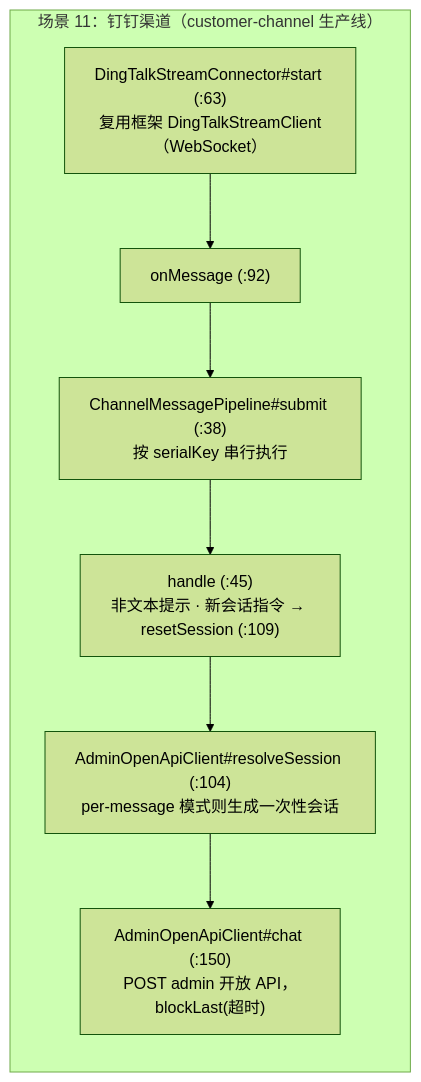
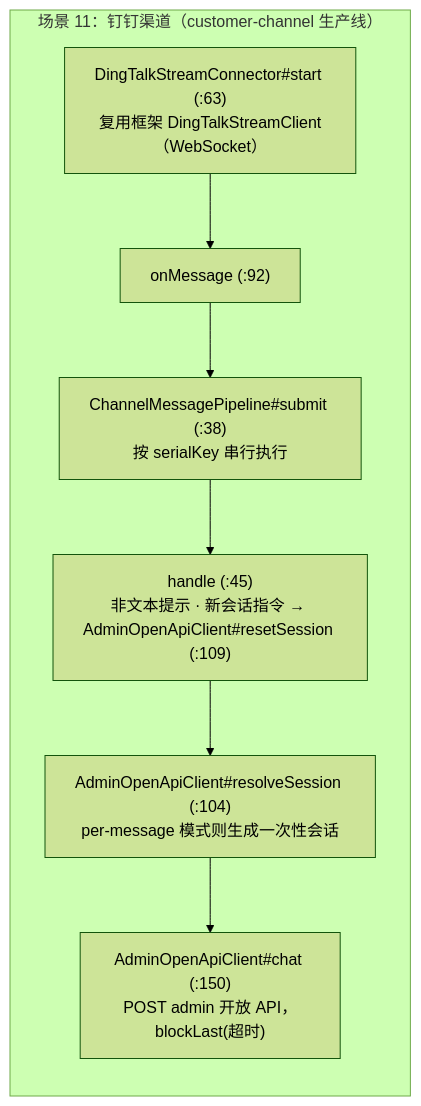
One commit to liulangjietou/AgentScope-source-analysis changed the sixth of 8 diagrams in 09-customer_work场景全景映射.md. Above: the diagram before and after it, drawn with Mermaid (forest theme). The commit also changed other lines of this file, not shown here.

````diff
--- a/09-customer_work场景全景映射.md
+++ b/09-customer_work场景全景映射.md
@@ -175,10 +211,10 @@
 ```mermaid
 flowchart LR
     subgraph S11["场景 11：钉钉渠道（customer-channel 生产线）"]
         D1["DingTalkStreamConnector#start (:63)<br/>复用框架 DingTalkStreamClient（WebSocket）"] --> D2["onMessage (:92)"]
         D2 --> D3["ChannelMessagePipeline#submit (:38)<br/>按 serialKey 串行执行"]
-        D3 --> D4["handle (:45)<br/>非文本提示 · 新会话指令 → resetSession (:109)"]
+        D3 --> D4["handle (:45)<br/>非文本提示 · 新会话指令 → AdminOpenApiClient#resetSession (:109)"]
         D4 --> D5["AdminOpenApiClient#resolveSession (:104)<br/>per-message 模式则生成一次性会话"]
         D5 --> D6["AdminOpenApiClient#chat (:150)<br/>POST admin 开放 API，blockLast(超时)"]
     end
 ```
````
